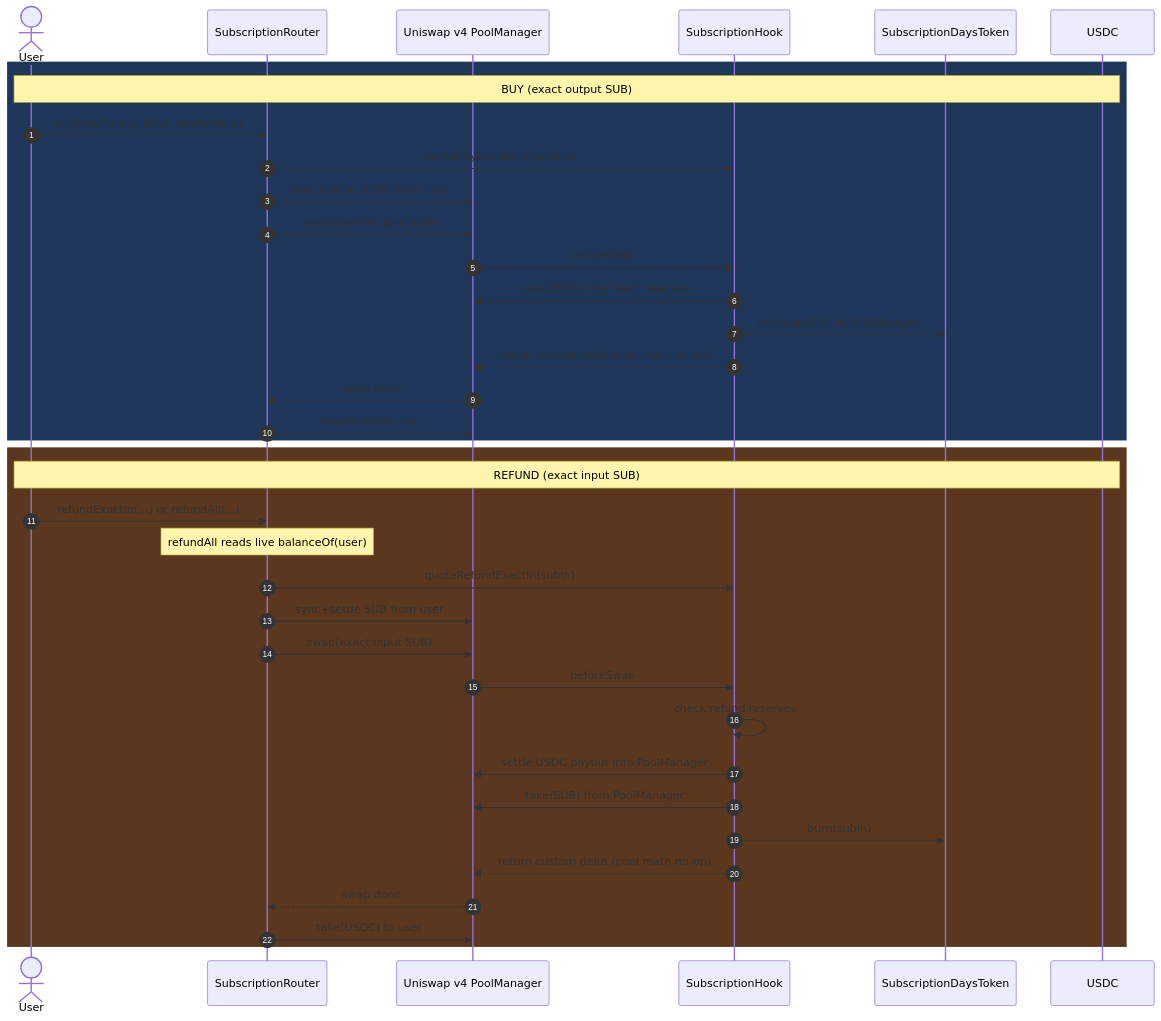
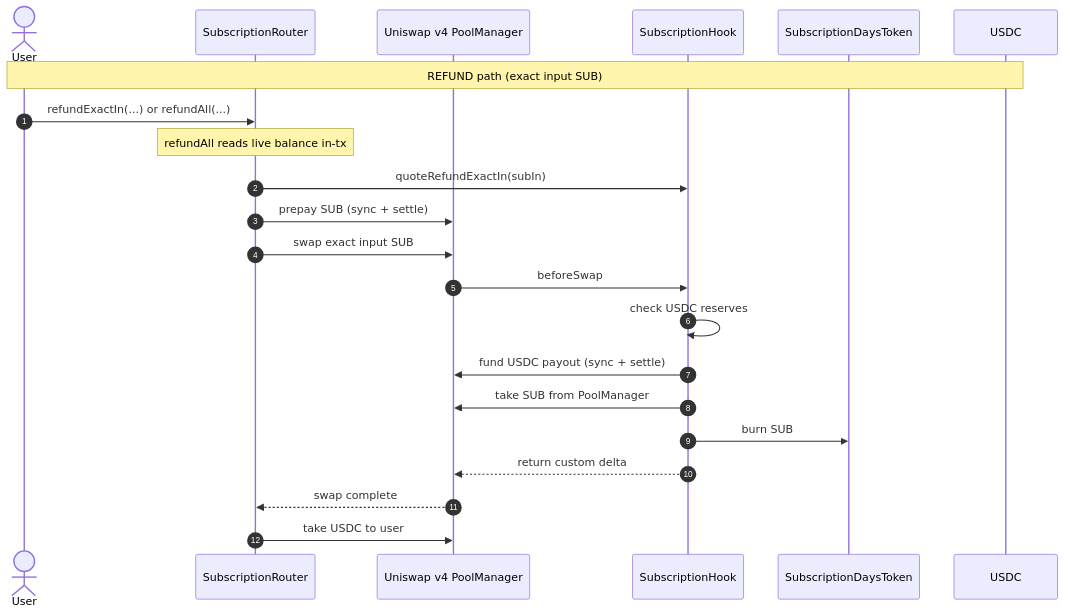
Before and after one commit to Gater-Robot/gater-robot: the third of 3 diagrams in docs/SUBSCRIPTIONS_DEPLOY_WORKFLOW.md, drawn with Mermaid. The commit also changed other lines of this file, not shown here.

Commit message:
docs: split hook sequence into readable buy and refund diagrams

````diff
--- a/docs/SUBSCRIPTIONS_DEPLOY_WORKFLOW.md
+++ b/docs/SUBSCRIPTIONS_DEPLOY_WORKFLOW.md
@@ -29,41 +52,25 @@
 ```mermaid
 sequenceDiagram
     autonumber
     actor User
     participant Router as SubscriptionRouter
     participant PM as Uniswap v4 PoolManager
     participant Hook as SubscriptionHook
     participant SUB as SubscriptionDaysToken
     participant USDC as USDC
 
-    rect rgb(30,55,90)
-    Note over User,USDC: BUY (exact output SUB)
-    User->>Router: buyExactOut(subOut, maxUsdcIn)
-    Router->>Hook: quoteBuyExactOut(subOut)
-    Router->>PM: sync+settle USDC from user
-    Router->>PM: swap(exact output SUB)
+    Note over User,USDC: REFUND path (exact input SUB)
+    User->>Router: refundExactIn(...) or refundAll(...)
+    Note over Router: refundAll reads live balance in-tx
+    Router->>Hook: quoteRefundExactIn(subIn)
+    Router->>PM: prepay SUB (sync + settle)
+    Router->>PM: swap exact input SUB
     PM->>Hook: beforeSwap
-    Hook->>PM: take(USDC) into hook reserves
-    Hook->>SUB: mint(subOut) to PoolManager
-    Hook-->>PM: return custom delta (pool math no-op)
-    PM-->>Router: swap done
-    Router->>PM: take(SUB) to user
-    end
-
-    rect rgb(90,55,30)
-    Note over User,USDC: REFUND (exact input SUB)
-    User->>Router: refundExactIn(...) or refundAll(...)
-    Note over Router: refundAll reads live balanceOf(user)
-    Router->>Hook: quoteRefundExactIn(subIn)
-    Router->>PM: sync+settle SUB from user
-    Router->>PM: swap(exact input SUB)
-    PM->>Hook: beforeSwap
-    Hook->>Hook: check refund reserves
-    Hook->>PM: settle USDC payout into PoolManager
-    Hook->>PM: take(SUB) from PoolManager
-    Hook->>SUB: burn(subIn)
-    Hook-->>PM: return custom delta (pool math no-op)
-    PM-->>Router: swap done
-    Router->>PM: take(USDC) to user
-    end
+    Hook->>Hook: check USDC reserves
+    Hook->>PM: fund USDC payout (sync + settle)
+    Hook->>PM: take SUB from PoolManager
+    Hook->>SUB: burn SUB
+    Hook-->>PM: return custom delta
+    PM-->>Router: swap complete
+    Router->>PM: take USDC to user
 ```
````
